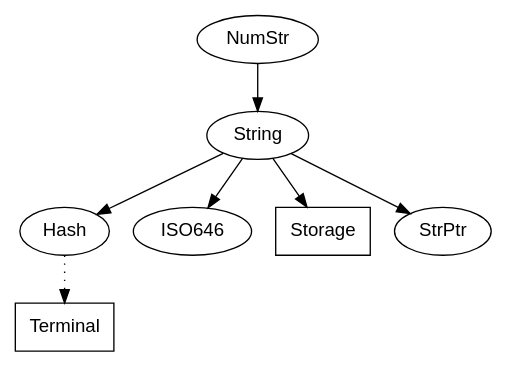
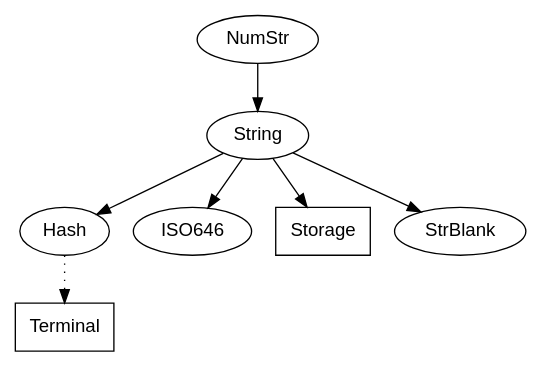
One commit to m2sf/M2PP-Module-Dependency-Graphs changed the diagram in NumStr.dep.dot. Above: the diagram before and after it, drawn with Graphviz. The commit also changed 12 other files, not shown here.

```diff
--- a/NumStr.dep.dot
+++ b/NumStr.dep.dot
@@ -1,26 +1,26 @@
-digraph NewlineDep {
+digraph NumStrDep {
   node [fontname=helvetica];
   
   NumStr -> {
     String
   };
   
   String -> {
-    Hash ISO646 Storage StrPtr
+    Hash ISO646 Storage StrBlank
   };
   
   edge [style=dotted];
   Hash -> {
     Terminal
   };
   edge [style=none];
   
   Terminal [shape=box]; /* stdlib */
   
   ISO646; /* no dependencies */
   
   Storage [shape=box]; /* stdlib */
   
-  StrPtr; /* no dependencies */  
+  StrBlank; /* no dependencies */  
       
-} /* NewlineDep */
+} /* NumStrDep */
```
